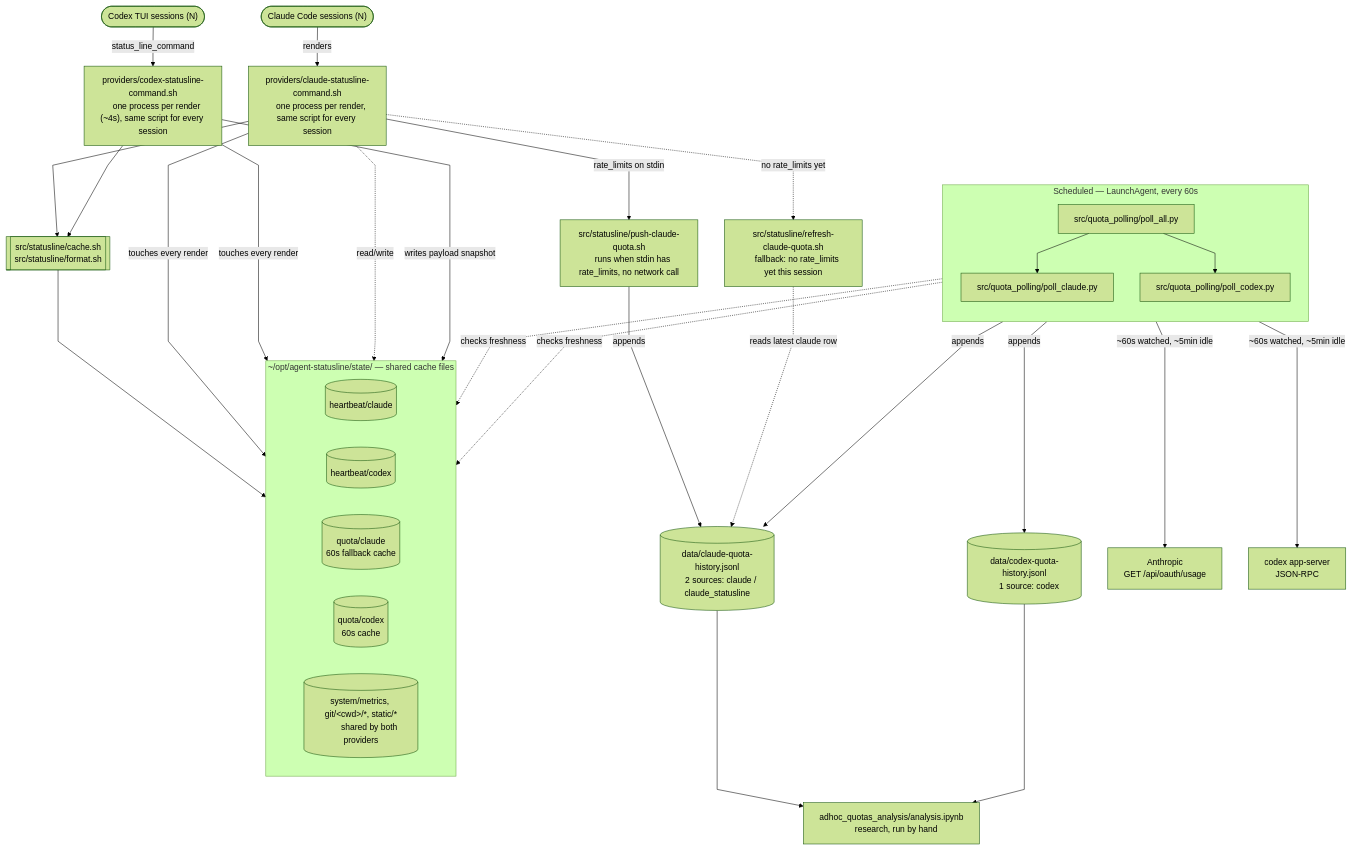
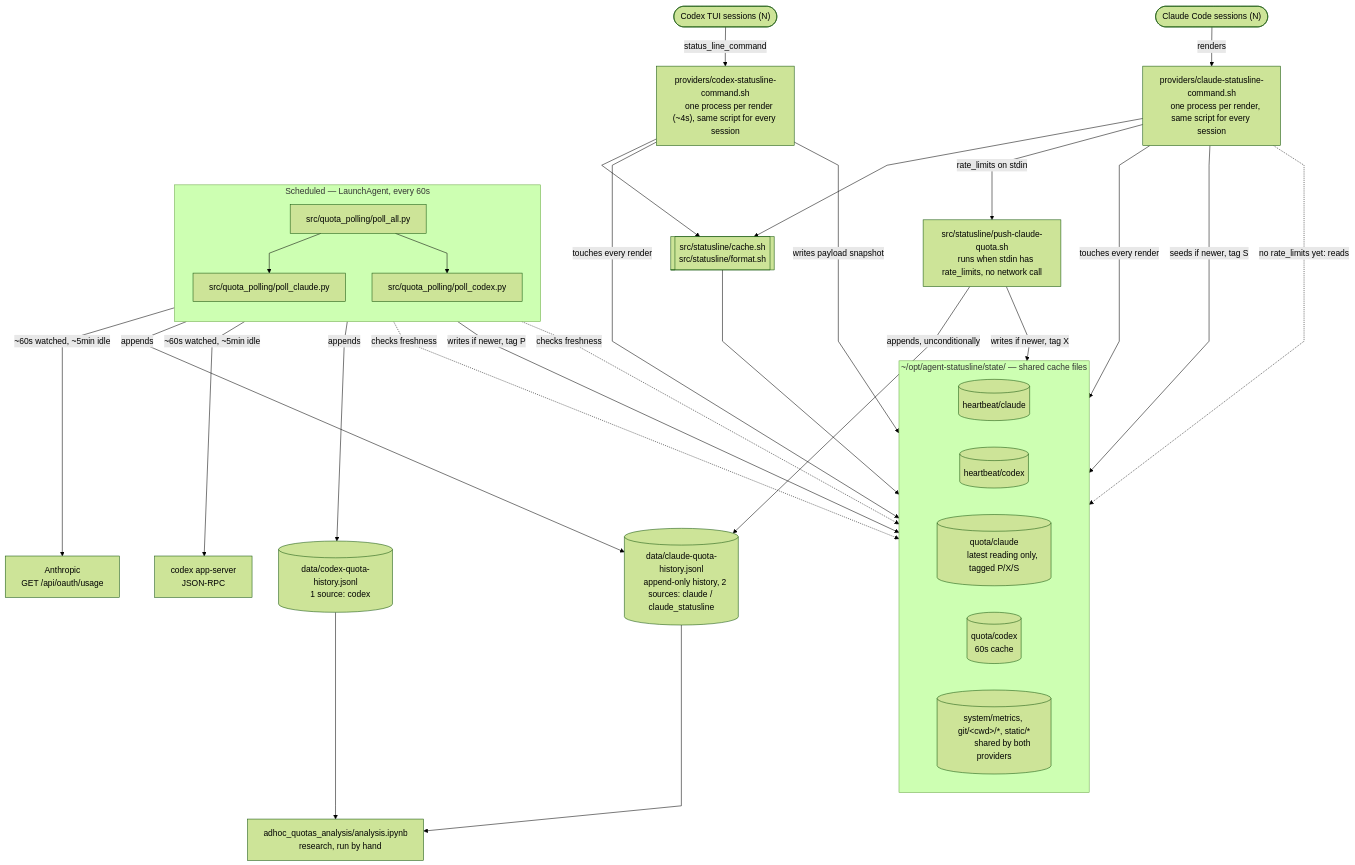
Before and after one commit to JeanLescutMuller/agent-statusline: the diagram in README.md, drawn with Mermaid (forest theme). The commit also changed other lines of this file and 16 other files, not shown here.

````diff
--- a/README.md
+++ b/README.md
@@ -65,80 +65,79 @@
 ```mermaid
 %%{init: {"flowchart": {"curve": "linear"}}}%%
 flowchart TB
     claudeS(["Claude Code sessions (N)"])
     codexS(["Codex TUI sessions (N)"])
 
     provclaude["providers/claude-statusline-command.sh
     one process per render, same script for every session"]
     provcodex["providers/codex-statusline-command.sh
     one process per render (~4s), same script for every session"]
 
     sharedlib[["src/statusline/cache.sh
     src/statusline/format.sh"]]
 
     subgraph state["~/opt/agent-statusline/state/ — shared cache files"]
         direction LR
         hbC[("heartbeat/claude")]
         hbX[("heartbeat/codex")]
         ccC[("quota/claude
-        60s fallback cache")]
+        latest reading only, tagged P/X/S")]
         ccX[("quota/codex
         60s cache")]
         ccOther[("system/metrics, git/&lt;cwd&gt;/*, static/*
         shared by both providers")]
     end
 
     pushscript["src/statusline/push-claude-quota.sh
     runs when stdin has rate_limits, no network call"]
-    refreshscript["src/statusline/refresh-claude-quota.sh
-    fallback: no rate_limits yet this session"]
 
     claudelog[("data/claude-quota-history.jsonl
-    2 sources: claude / claude_statusline")]
+    append-only history, 2 sources: claude / claude_statusline")]
     codexlog[("data/codex-quota-history.jsonl
     1 source: codex")]
 
     subgraph pollers["Scheduled — LaunchAgent, every 60s"]
         direction TB
         pollall["src/quota_polling/poll_all.py"]
         pollclaude["src/quota_polling/poll_claude.py"]
         pollcodex["src/quota_polling/poll_codex.py"]
     end
 
     anthropicusage["Anthropic
     GET /api/oauth/usage"]
     codexrpc["codex app-server
     JSON-RPC"]
     notebook["adhoc_quotas_analysis/analysis.ipynb
     research, run by hand"]
 
     claudeS -->|renders| provclaude
     codexS -->|"status_line_command"| provcodex
 
     provclaude --> sharedlib
     provcodex --> sharedlib
     sharedlib --> ccOther
 
     provclaude -->|touches every render| hbC
     provcodex -->|touches every render| hbX
 
     provclaude -->|"rate_limits on stdin"| pushscript
-    pushscript -->|appends| claudelog
-    provclaude -.->|"no rate_limits yet"| refreshscript
-    refreshscript -.->|reads latest claude row| claudelog
-    provclaude -.->|read/write| ccC
+    pushscript -->|"appends, unconditionally"| claudelog
+    pushscript -->|"writes if newer, tag X"| ccC
+    provclaude -->|"seeds if newer, tag S"| ccC
+    provclaude -.->|"no rate_limits yet: reads"| ccC
 
     provcodex -->|writes payload snapshot| ccX
 
     pollall --> pollclaude
     pollall --> pollcodex
     pollclaude -.->|checks freshness| hbC
     pollclaude -->|"~60s watched, ~5min idle"| anthropicusage
     pollclaude -->|appends| claudelog
+    pollclaude -->|"writes if newer, tag P"| ccC
     pollcodex -.->|checks freshness| hbX
     pollcodex -->|"~60s watched, ~5min idle"| codexrpc
     pollcodex -->|appends| codexlog
 
     claudelog --> notebook
     codexlog --> notebook
 ```
````
